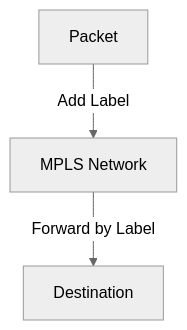
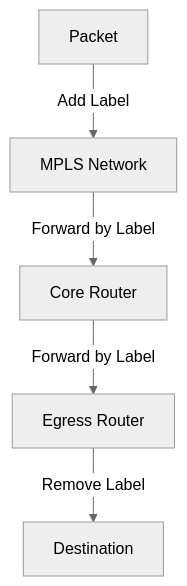
Before and after one commit to Attash2312/cntheory: the diagram in ch6/6.5_Link_Virtualization.md, drawn with Mermaid (neutral theme). The commit also changed other lines of this file and 79 other files, not shown here.

````diff
--- a/ch6/6.5_Link_Virtualization.md
+++ b/ch6/6.5_Link_Virtualization.md
@@ -21,5 +146,7 @@
 ```mermaid
 graph TD
   A[Packet] -- Add Label --> B[MPLS Network]
-  B -- Forward by Label --> C[Destination]
+  B -- Forward by Label --> C[Core Router]
+  C -- Forward by Label --> D[Egress Router]
+  D -- Remove Label --> E[Destination]
 ```
````
